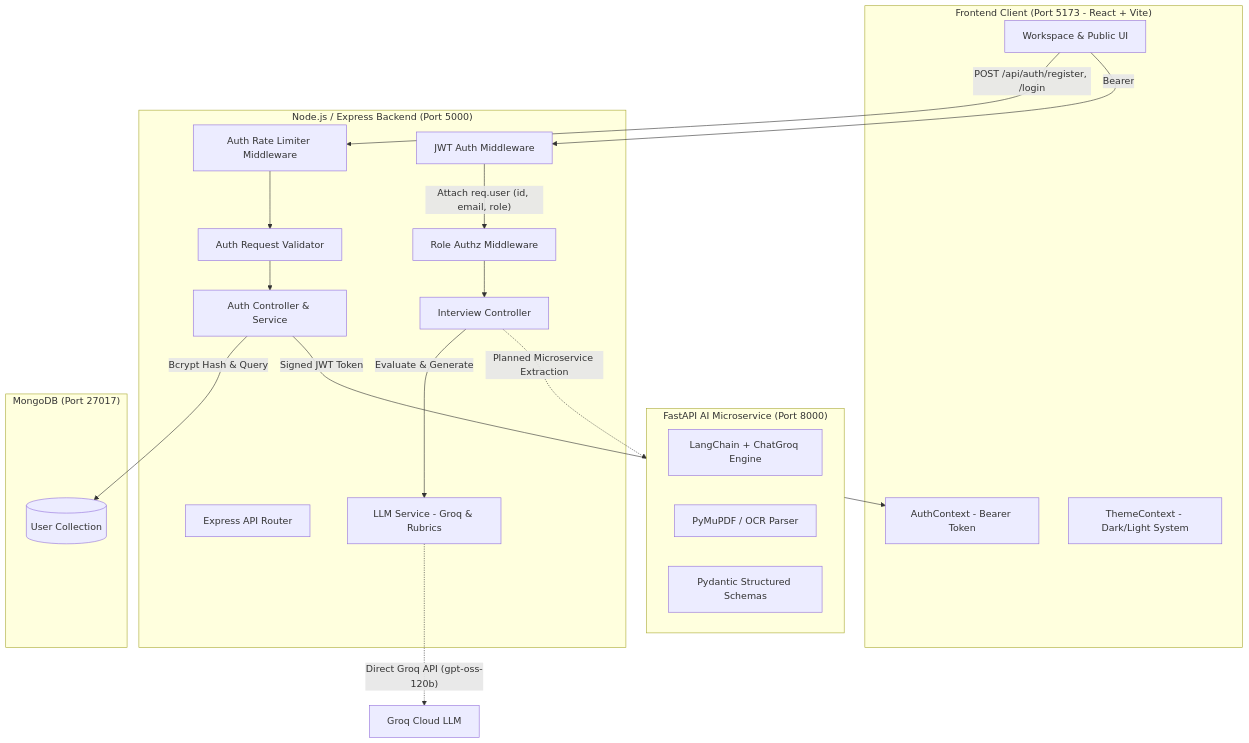
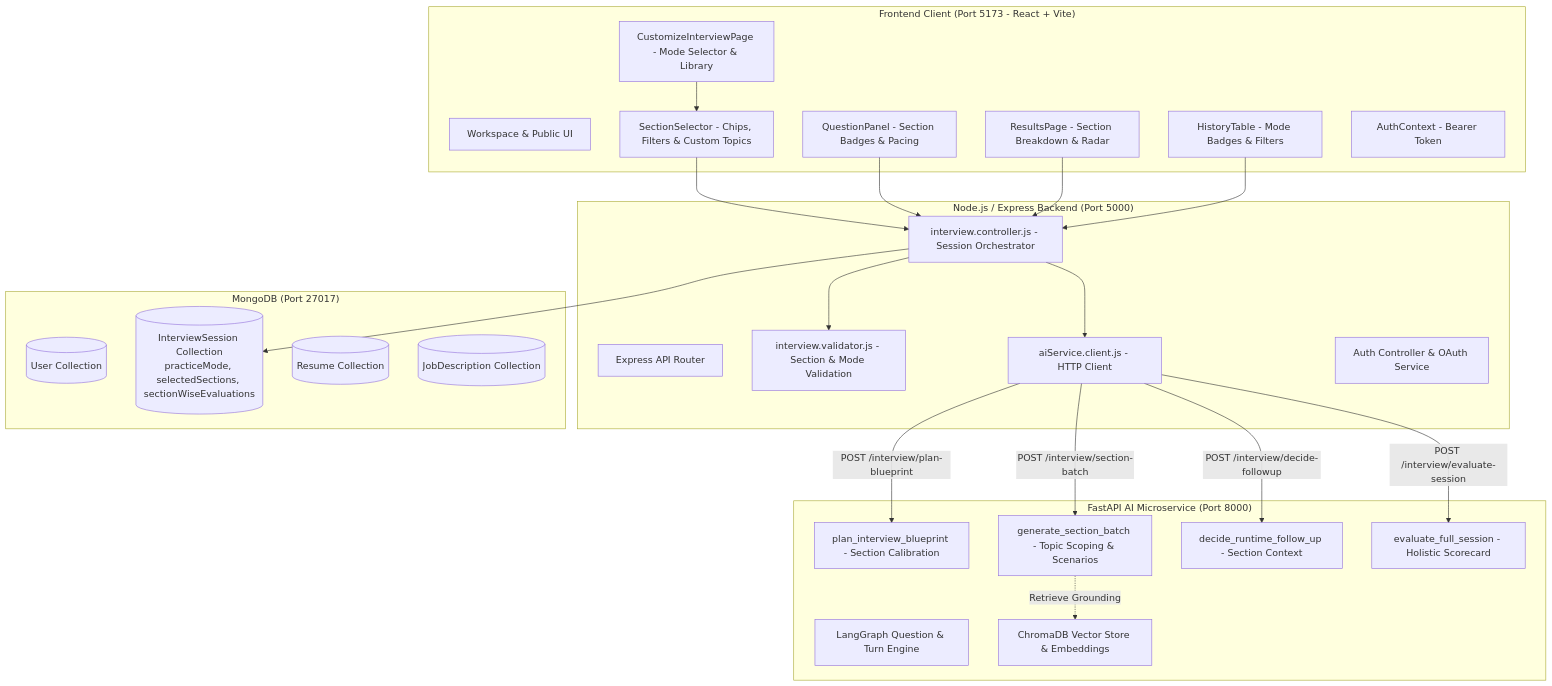
The second of 3 diagrams in README.md (Krisha4801/PrepNova), drawn with Mermaid before and after one commit. The commit also changed other lines of this file and 6 other files, not shown here.

Commit message:
feat(interview): integrate section practice into review, live interview, results, and history

````diff
--- a/README.md
+++ b/README.md
@@ -58,44 +127,54 @@
 ```mermaid
 flowchart TD
     subgraph Client ["Frontend Client (Port 5173 - React + Vite)"]
         UI[Workspace & Public UI]
+        Setup[CustomizeInterviewPage - Mode Selector & Library]
+        Selector[SectionSelector - Chips, Filters & Custom Topics]
+        LiveInt[QuestionPanel - Section Badges & Pacing]
+        Scorecard[ResultsPage - Section Breakdown & Radar]
+        HistView[HistoryTable - Mode Badges & Filters]
         AuthContext[AuthContext - Bearer Token]
-        ThemeContext[ThemeContext - Dark/Light System]
     end
 
     subgraph NodeBackend ["Node.js / Express Backend (Port 5000)"]
         Router[Express API Router]
-        RateLimiter[Auth Rate Limiter Middleware]
-        Validator[Auth Request Validator]
-        AuthCtrl[Auth Controller & Service]
-        AuthMiddleware[JWT Auth Middleware]
-        AuthzMiddleware[Role Authz Middleware]
-        IntCtrl[Interview Controller]
-        LLMService[LLM Service - Groq & Rubrics]
+        Validator[interview.validator.js - Section & Mode Validation]
+        IntCtrl[interview.controller.js - Session Orchestrator]
+        AIClient[aiService.client.js - HTTP Client]
+        AuthCtrl[Auth Controller & OAuth Service]
     end
 
     subgraph Database ["MongoDB (Port 27017)"]
         UserModel[(User Collection)]
+        SessionModel[(InterviewSession Collection
+practiceMode, selectedSections, sectionWiseEvaluations)]
+        ResumeModel[(Resume Collection)]
+        JDModel[(JobDescription Collection)]
     end
 
     subgraph AIServiceNode ["FastAPI AI Microservice (Port 8000)"]
-        LangChainCore[LangChain + ChatGroq Engine]
-        PDFExtractor[PyMuPDF / OCR Parser]
-        Schemas[Pydantic Structured Schemas]
+        LangGraphCore[LangGraph Question & Turn Engine]
+        BlueprintPlanner[plan_interview_blueprint - Section Calibration]
+        BatchGenerator[generate_section_batch - Topic Scoping & Scenarios]
+        FollowUpEngine[decide_runtime_follow_up - Section Context]
+        SessionEvaluator[evaluate_full_session - Holistic Scorecard]
+        ChromaStore[ChromaDB Vector Store & Embeddings]
     end
 
     %% Client requests
-    UI -- "POST /api/auth/register, /login" --> RateLimiter
-    RateLimiter --> Validator --> AuthCtrl
-    AuthCtrl -- "Bcrypt Hash & Query" --> UserModel
-    AuthCtrl -- "Signed JWT Token" --> AuthContext
+    Setup --> Selector --> IntCtrl
+    LiveInt --> IntCtrl
+    Scorecard --> IntCtrl
+    HistView --> IntCtrl
 
-    UI -- "Bearer <JWT_TOKEN>" --> AuthMiddleware
-    AuthMiddleware -- "Attach req.user (id, email, role)" --> AuthzMiddleware
-    AuthzMiddleware --> IntCtrl
-    IntCtrl -- "Evaluate & Generate" --> LLMService
-    LLMService -. "Direct Groq API (gpt-oss-120b)" .-> GroqAPI[Groq Cloud LLM]
+    IntCtrl --> Validator
+    IntCtrl --> SessionModel
+    IntCtrl --> AIClient
 
-    %% Future microservice link
-    IntCtrl -. "Planned Microservice Extraction" .-> AIServiceNode
+    AIClient -- "POST /interview/plan-blueprint" --> BlueprintPlanner
+    AIClient -- "POST /interview/section-batch" --> BatchGenerator
+    AIClient -- "POST /interview/decide-followup" --> FollowUpEngine
+    AIClient -- "POST /interview/evaluate-session" --> SessionEvaluator
+
+    BatchGenerator -. "Retrieve Grounding" .-> ChromaStore
 ```
````
